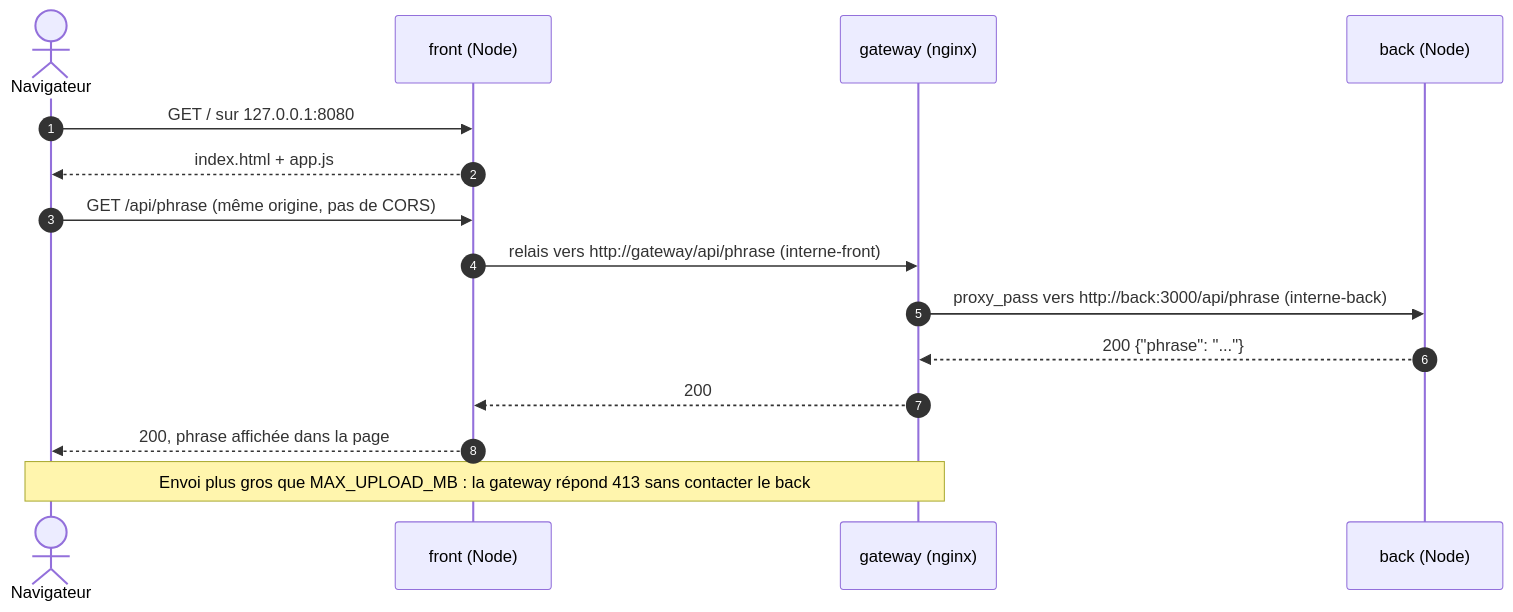
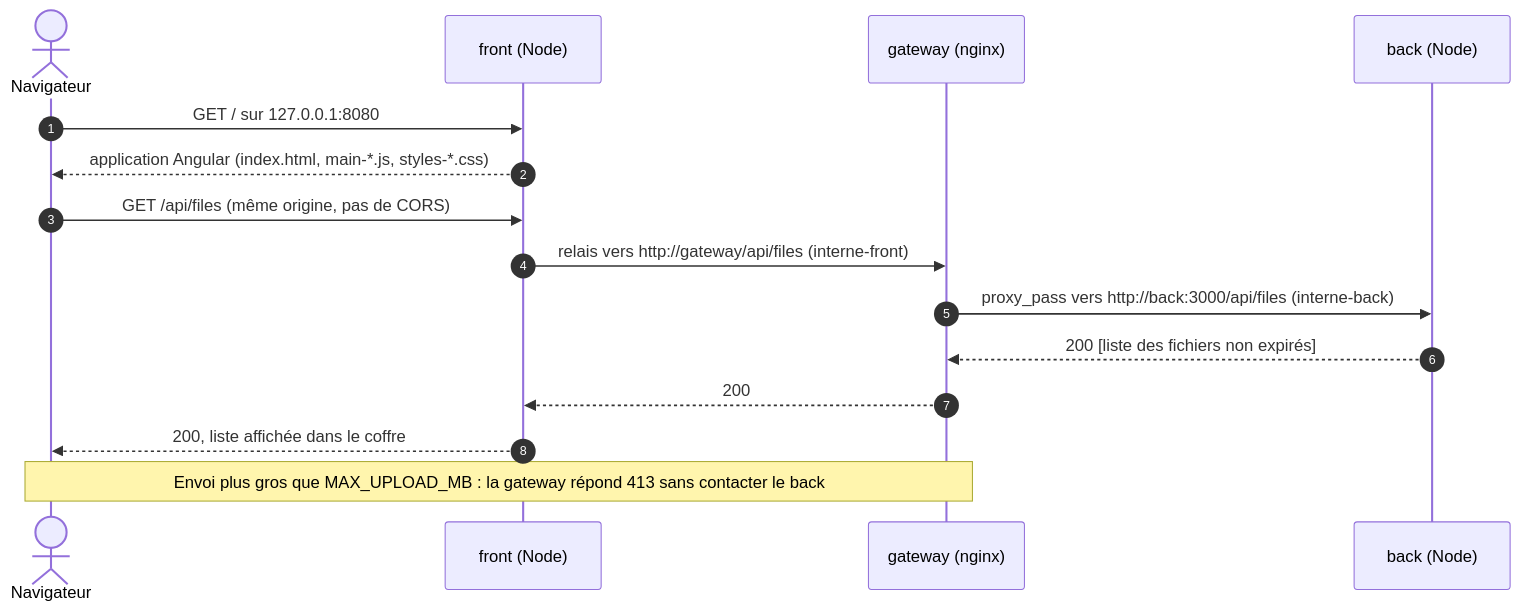
One commit to AbadieThomasPro/M2_TP_Docker changed the second of 4 diagrams in README.md. Above: the diagram before and after it, drawn with Mermaid. The commit also changed other lines of this file and 8 other files, not shown here.

````diff
--- a/README.md
+++ b/README.md
@@ -119,17 +165,17 @@
 ```mermaid
 sequenceDiagram
   autonumber
   actor N as Navigateur
   participant F as front (Node)
   participant G as gateway (nginx)
   participant B as back (Node)
   N->>F: GET / sur 127.0.0.1:8080
-  F-->>N: index.html + app.js
-  N->>F: GET /api/phrase (même origine, pas de CORS)
-  F->>G: relais vers http://gateway/api/phrase (interne-front)
-  G->>B: proxy_pass vers http://back:3000/api/phrase (interne-back)
-  B-->>G: 200 {"phrase": "..."}
+  F-->>N: application Angular (index.html, main-*.js, styles-*.css)
+  N->>F: GET /api/files (même origine, pas de CORS)
+  F->>G: relais vers http://gateway/api/files (interne-front)
+  G->>B: proxy_pass vers http://back:3000/api/files (interne-back)
+  B-->>G: 200 [liste des fichiers non expirés]
   G-->>F: 200
-  F-->>N: 200, phrase affichée dans la page
+  F-->>N: 200, liste affichée dans le coffre
   Note over N,G: Envoi plus gros que MAX_UPLOAD_MB : la gateway répond 413 sans contacter le back
 ```
````
